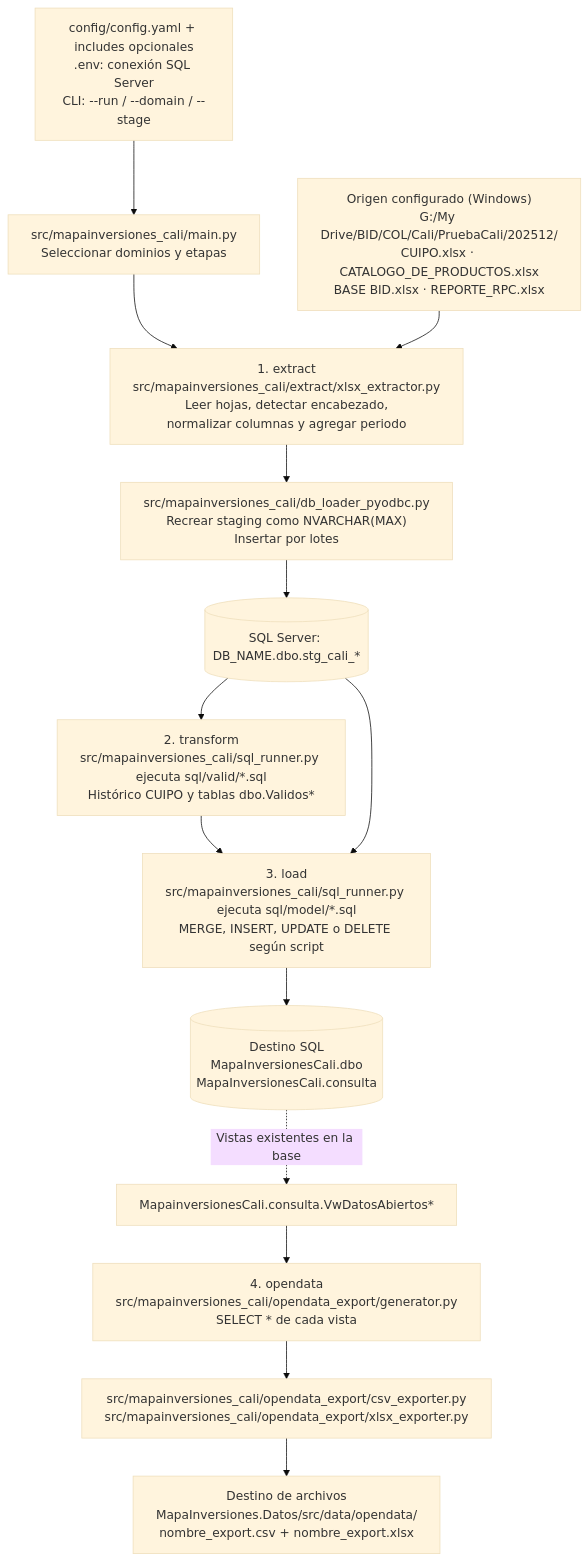
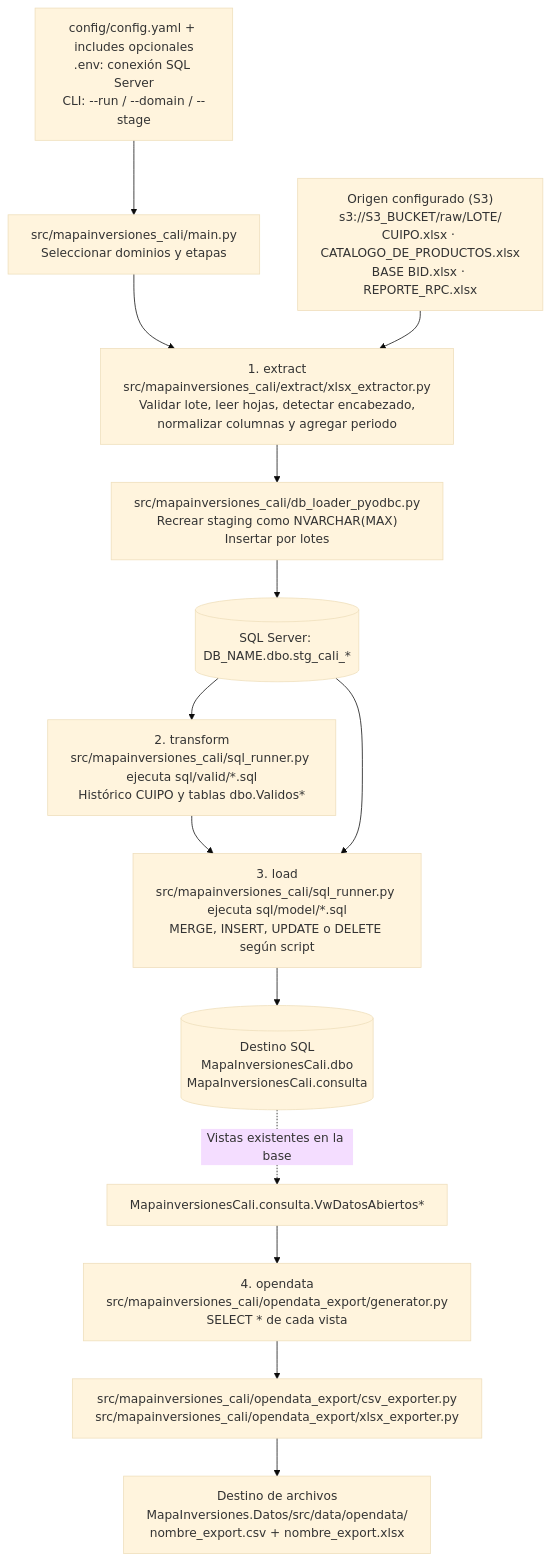
Before and after one commit to DiegoRincon-blend/prueba-ci-etl: the first of 4 diagrams in pipelines/mapainversiones-cali/README.md, drawn with Mermaid (base theme). The commit also changed other lines of this file and 15 other files, not shown here.

````diff
--- a/pipelines/mapainversiones-cali/README.md
+++ b/pipelines/mapainversiones-cali/README.md
@@ -108,16 +123,16 @@
 ```mermaid
 flowchart TD
     CFG["config/config.yaml + includes opcionales<br/>.env: conexión SQL Server<br/>CLI: --run / --domain / --stage"] --> MAIN["src/mapainversiones_cali/main.py<br/>Seleccionar dominios y etapas"]
-    MAIN --> EX["1. extract<br/>src/mapainversiones_cali/extract/xlsx_extractor.py<br/>Leer hojas, detectar encabezado,<br/>normalizar columnas y agregar periodo"]
-    INPUT["Origen configurado (Windows)<br/>G:/My Drive/BID/COL/Cali/PruebaCali/202512/<br/>CUIPO.xlsx · CATALOGO_DE_PRODUCTOS.xlsx<br/>BASE BID.xlsx · REPORTE_RPC.xlsx"] --> EX
+    MAIN --> EX["1. extract<br/>src/mapainversiones_cali/extract/xlsx_extractor.py<br/>Validar lote, leer hojas, detectar encabezado,<br/>normalizar columnas y agregar periodo"]
+    INPUT["Origen configurado (S3)<br/>s3://S3_BUCKET/raw/LOTE/<br/>CUIPO.xlsx · CATALOGO_DE_PRODUCTOS.xlsx<br/>BASE BID.xlsx · REPORTE_RPC.xlsx"] --> EX
     EX --> LOADER["src/mapainversiones_cali/db_loader_pyodbc.py<br/>Recrear staging como NVARCHAR(MAX)<br/>Insertar por lotes"]
     LOADER --> STG[("SQL Server: DB_NAME.dbo.stg_cali_*")]
     STG --> VALID["2. transform<br/>src/mapainversiones_cali/sql_runner.py ejecuta sql/valid/*.sql<br/>Histórico CUIPO y tablas dbo.Validos*"]
     VALID --> MODEL["3. load<br/>src/mapainversiones_cali/sql_runner.py ejecuta sql/model/*.sql<br/>MERGE, INSERT, UPDATE o DELETE según script"]
     STG --> MODEL
     MODEL --> DB[("Destino SQL<br/>MapaInversionesCali.dbo<br/>MapaInversionesCali.consulta")]
     DB -. "Vistas existentes en la base" .-> VIEWS["MapainversionesCali.consulta.VwDatosAbiertos*"]
     VIEWS --> EXPORT["4. opendata<br/>src/mapainversiones_cali/opendata_export/generator.py<br/>SELECT * de cada vista"]
     EXPORT --> WRITERS["src/mapainversiones_cali/opendata_export/csv_exporter.py<br/>src/mapainversiones_cali/opendata_export/xlsx_exporter.py"]
     WRITERS --> OUT["Destino de archivos<br/>MapaInversiones.Datos/src/data/opendata/<br/>nombre_export.csv + nombre_export.xlsx"]
 ```
````
